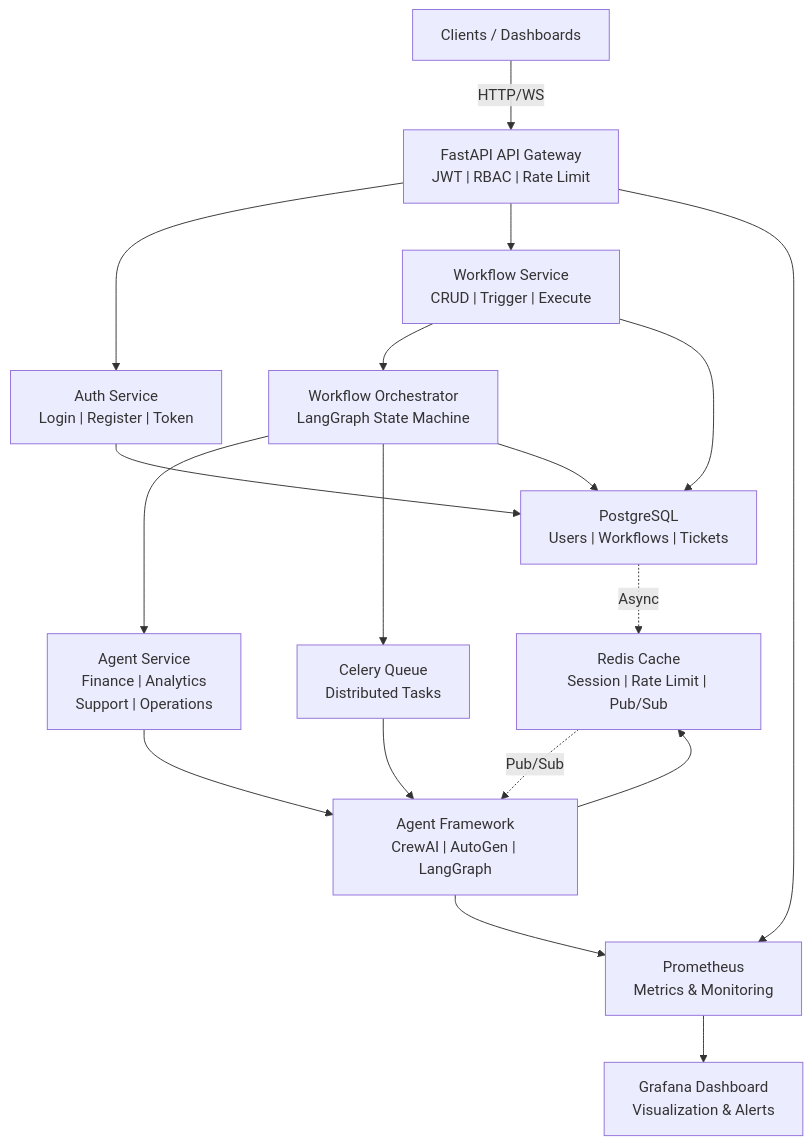
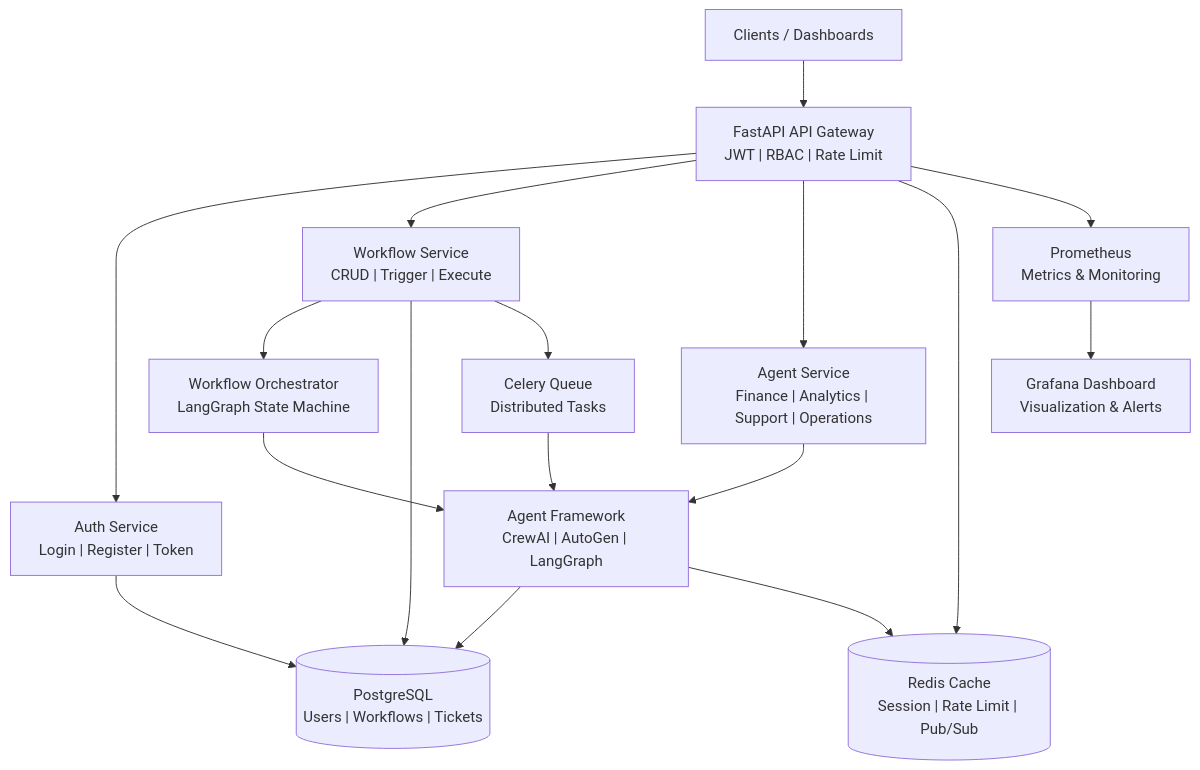
One commit to su-jin1425/Multi-Agent-Business-Automation changed the first of 2 diagrams in README.md. Above: the diagram before and after it, drawn with Mermaid. The commit also changed other lines of this file, not shown here.

````diff
--- a/README.md
+++ b/README.md
@@ -7,33 +31,32 @@
 ```mermaid
 graph TB
     Client["Clients / Dashboards"]
     GW["FastAPI API Gateway<br/>JWT | RBAC | Rate Limit"]
     Auth["Auth Service<br/>Login | Register | Token"]
     WF["Workflow Service<br/>CRUD | Trigger | Execute"]
     WFO["Workflow Orchestrator<br/>LangGraph State Machine"]
-    AgentSvc["Agent Service<br/>Finance | Analytics<br/>Support | Operations"]
+    AgentSvc["Agent Service<br/>Finance | Analytics | Support | Operations"]
     Agents["Agent Framework<br/>CrewAI | AutoGen | LangGraph"]
-    DB["PostgreSQL<br/>Users | Workflows | Tickets"]
-    Cache["Redis Cache<br/>Session | Rate Limit | Pub/Sub"]
+    DB[("PostgreSQL<br/>Users | Workflows | Tickets")]
+    Cache[("Redis Cache<br/>Session | Rate Limit | Pub/Sub")]
     Queue["Celery Queue<br/>Distributed Tasks"]
     Monitor["Prometheus<br/>Metrics & Monitoring"]
     Grafana["Grafana Dashboard<br/>Visualization & Alerts"]
-    
-    Client -->|HTTP/WS| GW
+
+    Client --> GW
     GW --> Auth
     GW --> WF
+    GW --> AgentSvc
     WF --> WFO
-    WFO --> AgentSvc
+    WFO --> Agents
     AgentSvc --> Agents
+    WF --> DB
+    WF --> Queue
+    Queue --> Agents
+    Agents --> DB
+    Auth --> DB
+    GW --> Cache
     Agents --> Cache
-    WFO --> Queue
-    Queue --> Agents
-    Auth --> DB
-    WF --> DB
-    WFO --> DB
-    Agents --> Monitor
     GW --> Monitor
     Monitor --> Grafana
-    Cache -.->|Pub/Sub| Agents
-    DB -.->|Async| Cache
 ```
````
